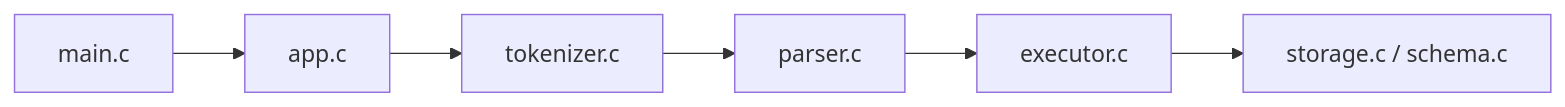
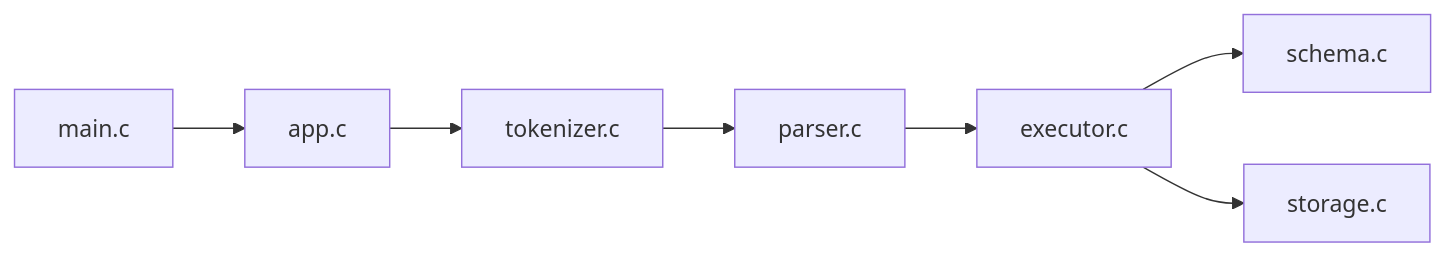
Before and after one commit to Jungle-12-303/week6-team5-sql: the second of 13 diagrams in README.md, drawn with Mermaid. The commit also changed other lines of this file and 4 other files, not shown here.

````diff
--- a/README.md
+++ b/README.md
@@ -31,8 +31,9 @@
 ```mermaid
 flowchart LR
     A["main.c"] --> B["app.c"]
     B --> C["tokenizer.c"]
     C --> D["parser.c"]
     D --> E["executor.c"]
-    E --> F["storage.c / schema.c"]
+    E --> F["schema.c"]
+    E --> G["storage.c"]
 ```
````
